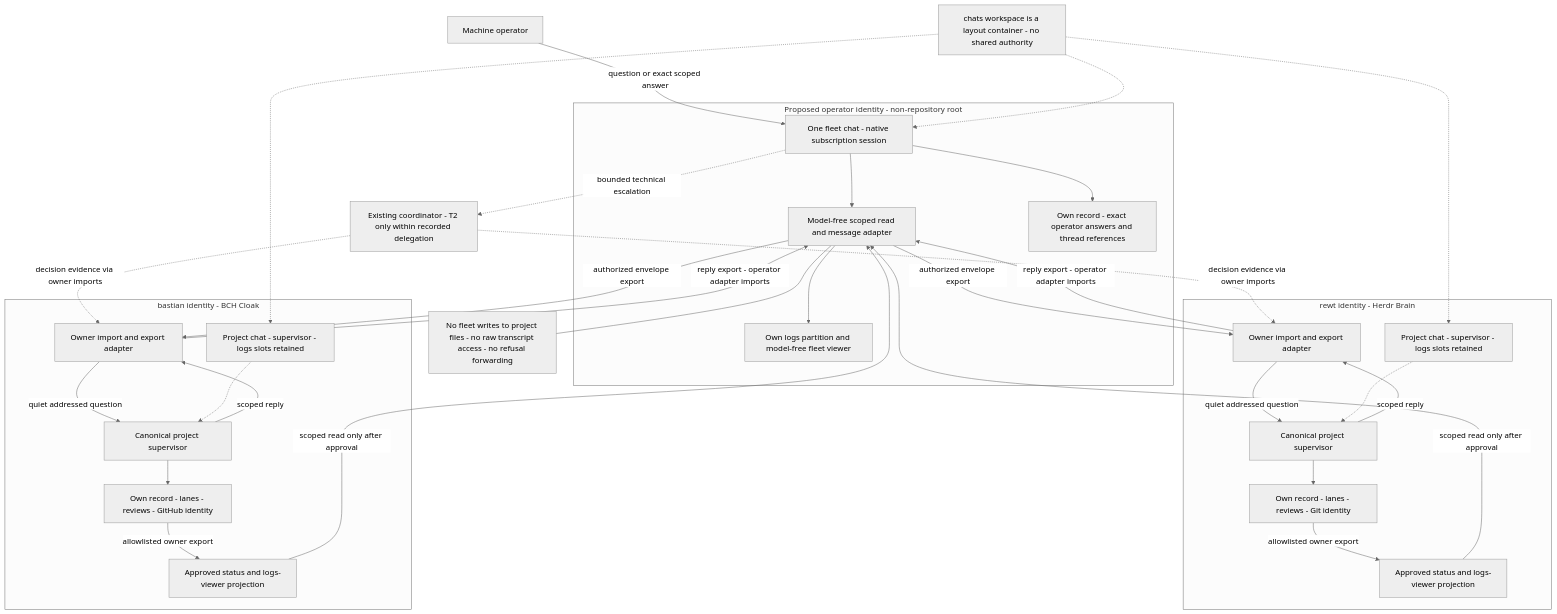
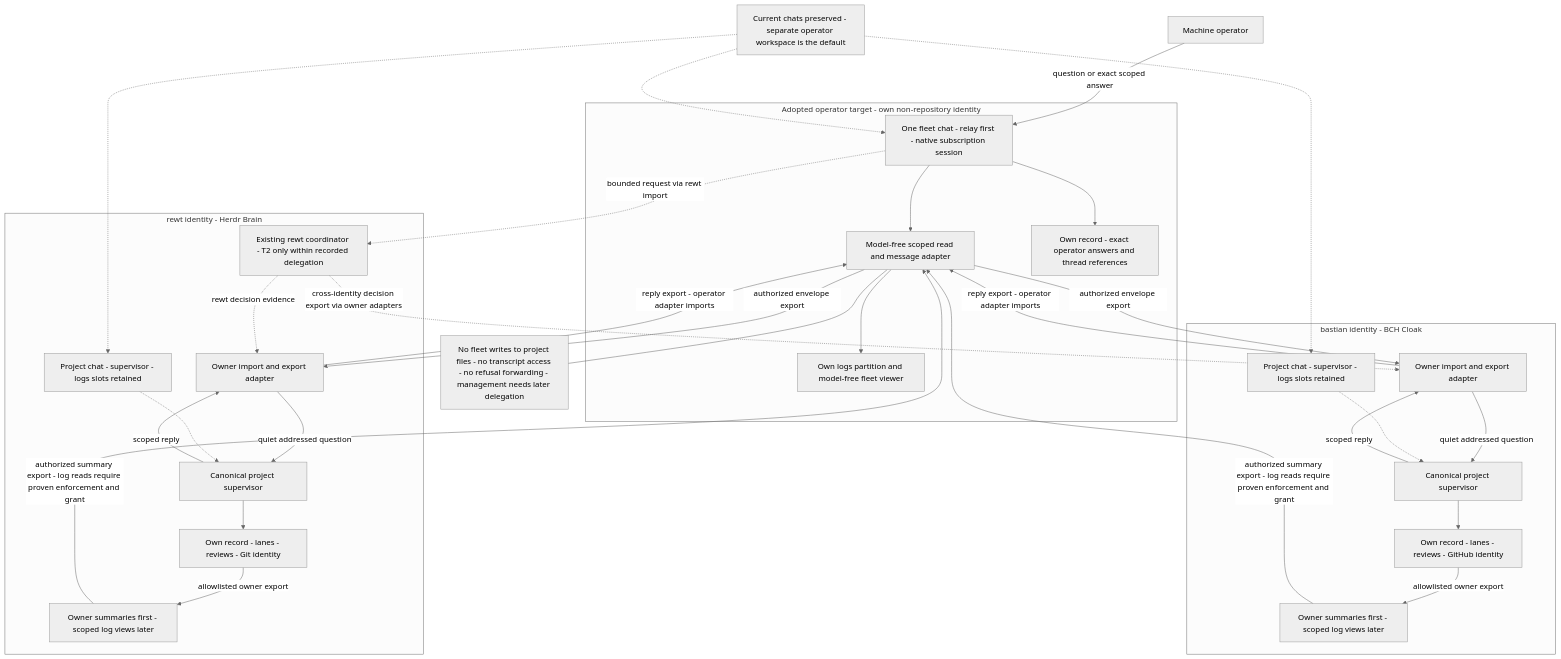
One commit to rewt/herdr-brain changed the diagram in docs/research/session-architecture/diagrams/12-fleet-chat-boundaries.mmd. Above: the diagram before and after it, drawn with Mermaid (neutral theme). The commit also changed 4 other files, not shown here.

```diff
--- a/docs/research/session-architecture/diagrams/12-fleet-chat-boundaries.mmd
+++ b/docs/research/session-architecture/diagrams/12-fleet-chat-boundaries.mmd
@@ -1,52 +1,52 @@
 flowchart TB
   O[Machine operator]
-  subgraph Fleet[Proposed operator identity - non-repository root]
-    F[One fleet chat - native subscription session]
+  subgraph Fleet[Adopted operator target - own non-repository identity]
+    F[One fleet chat - relay first - native subscription session]
     A[Model-free scoped read and message adapter]
     R[Own record - exact operator answers and thread references]
     L[Own logs partition and model-free fleet viewer]
     F --> A
     F --> R
     A --> L
   end
   subgraph Rewt[rewt identity - Herdr Brain]
+    C[Existing rewt coordinator - T2 only within recorded delegation]
     RI[Owner import and export adapter]
     RS[Canonical project supervisor]
     RR[Own record - lanes - reviews - Git identity]
-    RP[Approved status and logs-viewer projection]
+    RP[Owner summaries first - scoped log views later]
     RC[Project chat - supervisor - logs slots retained]
     RI -->|quiet addressed question| RS
     RS --> RR
     RR -->|allowlisted owner export| RP
     RS -->|scoped reply| RI
     RC -.-> RS
   end
   subgraph Bastian[bastian identity - BCH Cloak]
     BI[Owner import and export adapter]
     BS[Canonical project supervisor]
     BR[Own record - lanes - reviews - GitHub identity]
-    BP[Approved status and logs-viewer projection]
+    BP[Owner summaries first - scoped log views later]
     BC[Project chat - supervisor - logs slots retained]
     BI -->|quiet addressed question| BS
     BS --> BR
     BR -->|allowlisted owner export| BP
     BS -->|scoped reply| BI
     BC -.-> BS
   end
   O -->|question or exact scoped answer| F
   A -->|authorized envelope export| RI
   A -->|authorized envelope export| BI
   RI -->|reply export - operator adapter imports| A
   BI -->|reply export - operator adapter imports| A
-  RP -->|scoped read only after approval| A
-  BP -->|scoped read only after approval| A
-  C[Existing coordinator - T2 only within recorded delegation]
-  F -.->|bounded technical escalation| C
-  C -.->|decision evidence via owner imports| RI
-  C -.->|decision evidence via owner imports| BI
-  W[chats workspace is a layout container - no shared authority]
+  RP -->|authorized summary export - log reads require proven enforcement and grant| A
+  BP -->|authorized summary export - log reads require proven enforcement and grant| A
+  F -.->|bounded request via rewt import| C
+  C -.->|rewt decision evidence| RI
+  C -.->|cross-identity decision export via owner adapters| BI
+  W[Current chats preserved - separate operator workspace is the default]
   W -.-> F
   W -.-> RC
   W -.-> BC
-  N[No fleet writes to project files - no raw transcript access - no refusal forwarding]
+  N[No fleet writes to project files - no transcript access - no refusal forwarding - management needs later delegation]
   A --- N
```
